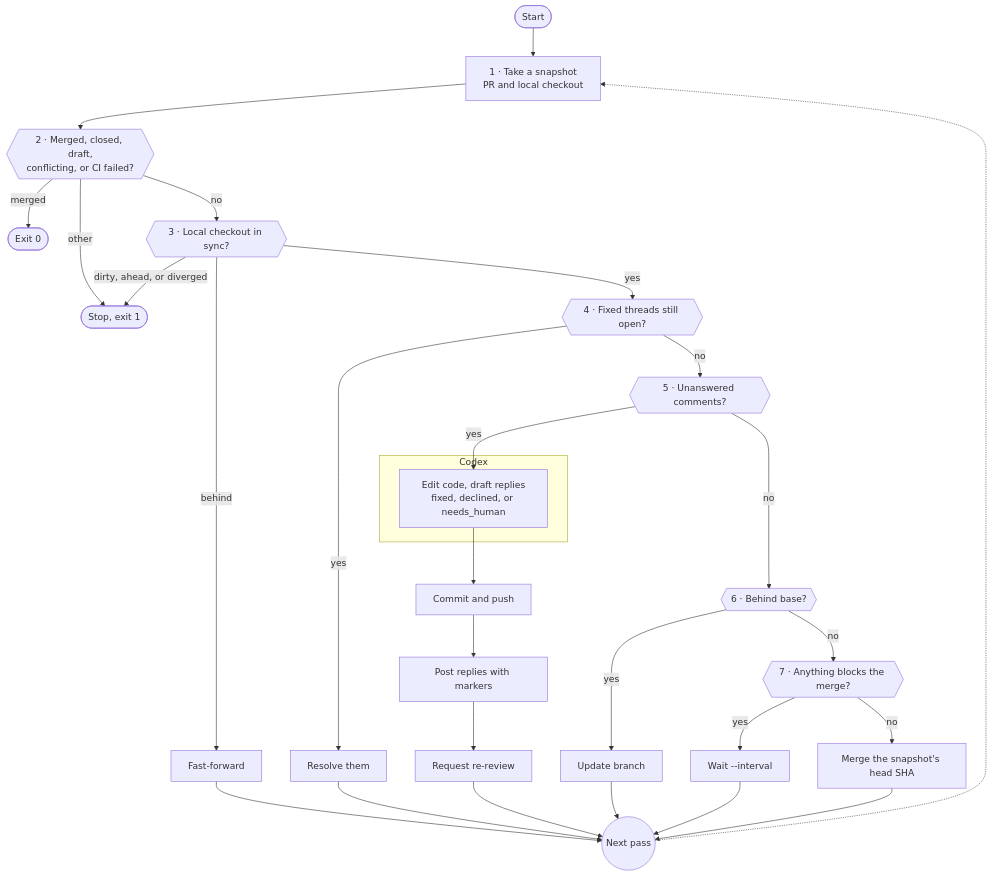
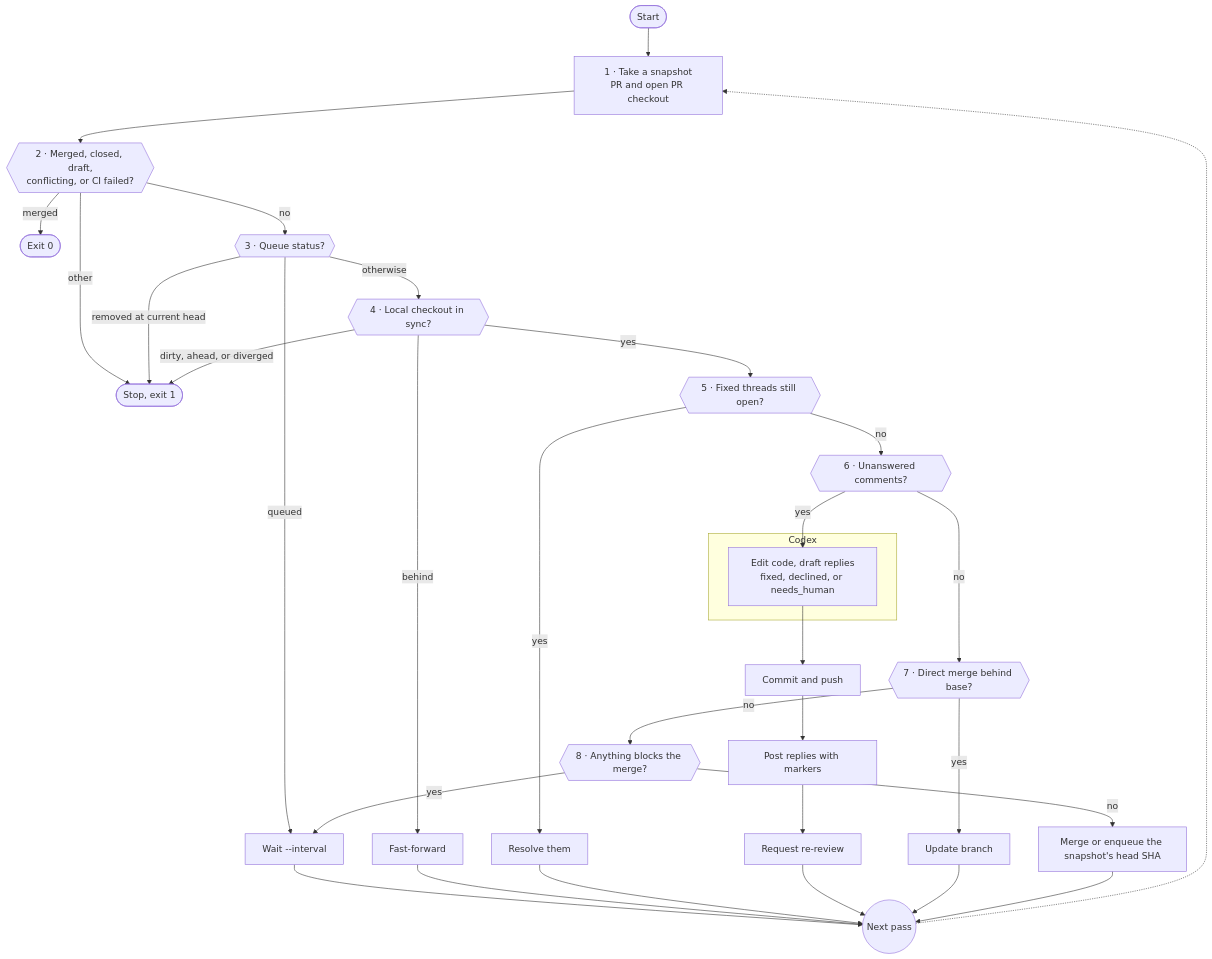
Before and after one commit to vikrrantshah/baby-sitter: the diagram in README.md, drawn with Mermaid. The commit also changed other lines of this file and 8 other files, not shown here.

First line of the commit message:
fix(baby-sitter): wait on merge queues and exit 0 after merge (#4)

````diff
--- a/README.md
+++ b/README.md
@@ -47,24 +47,27 @@
 ```mermaid
 flowchart TD
-  START([Start]) --> SNAP["1 · Take a snapshot<br/>PR and local checkout"]
+  START([Start]) --> SNAP["1 · Take a snapshot<br/>PR and open PR checkout"]
   SNAP --> T{{"2 · Merged, closed, draft,<br/>conflicting, or CI failed?"}}
   T -- merged --> DONE([Exit 0])
   T -- other --> STOP([Stop, exit 1])
-  T -- no --> L{{"3 · Local checkout in sync?"}}
+  T -- no --> Q{{"3 · Queue status?"}}
+  Q -- queued --> WAIT["Wait --interval"] --> NEXT
+  Q -- "removed at current head" --> STOP
+  Q -- otherwise --> L{{"4 · Local checkout in sync?"}}
   L -- behind --> FF["Fast-forward"] --> NEXT
   L -- "dirty, ahead, or diverged" --> STOP
-  L -- yes --> RF{{"4 · Fixed threads still open?"}}
+  L -- yes --> RF{{"5 · Fixed threads still open?"}}
   RF -- yes --> RES["Resolve them"] --> NEXT
-  RF -- no --> UH{{"5 · Unanswered comments?"}}
+  RF -- no --> UH{{"6 · Unanswered comments?"}}
   UH -- yes --> HC
   subgraph CODEX ["Codex"]
     HC["Edit code, draft replies<br/>fixed, declined, or needs_human"]
   end
   HC --> PUSH["Commit and push"] --> REPLY["Post replies with markers"] --> RR["Request re-review"] --> NEXT
-  UH -- no --> BE{{"6 · Behind base?"}}
+  UH -- no --> BE{{"7 · Direct merge behind base?"}}
   BE -- yes --> UP["Update branch"] --> NEXT
-  BE -- no --> G{{"7 · Anything blocks the merge?"}}
-  G -- yes --> WAIT["Wait --interval"] --> NEXT
-  G -- no --> MERGE["Merge the snapshot's head SHA"] --> NEXT
+  BE -- no --> G{{"8 · Anything blocks the merge?"}}
+  G -- yes --> WAIT
+  G -- no --> MERGE["Merge or enqueue the snapshot's head SHA"] --> NEXT
   NEXT(("Next pass")) -.-> SNAP
 ```
````
